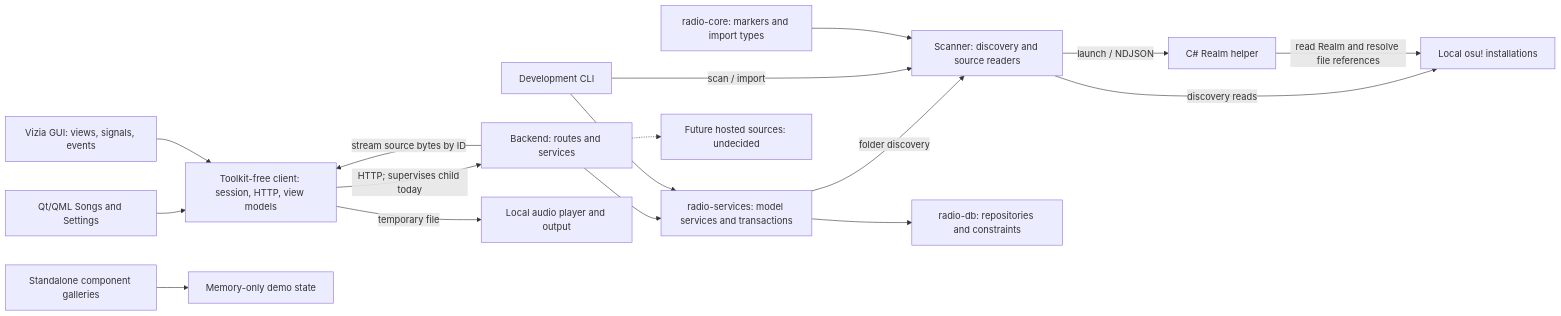
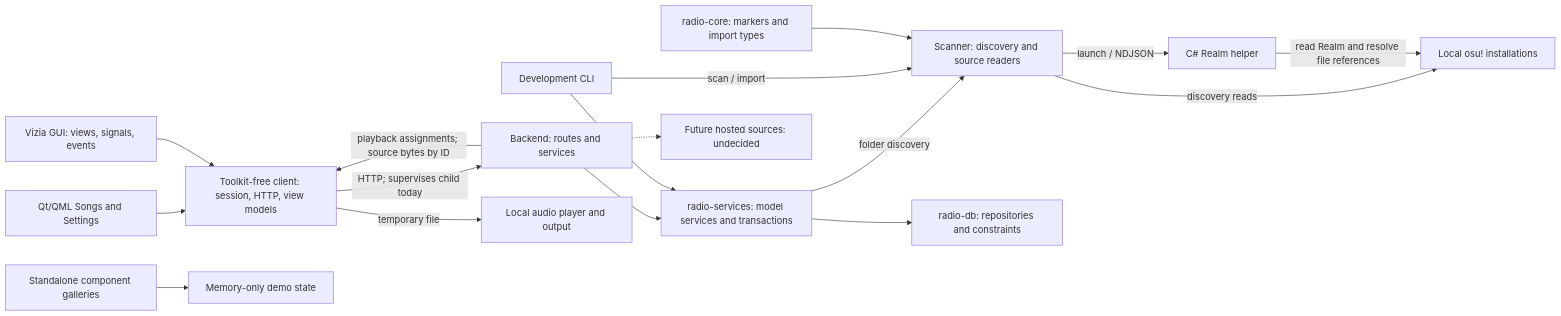
The diagram in docs/agent/index.md (Jayko321/osu-radio), drawn with Mermaid before and after one commit. The commit also changed other lines of this file and 44 other files, not shown here.

Commit message:
Add persistent server playback queue

````diff
--- a/docs/agent/index.md
+++ b/docs/agent/index.md
@@ -47,19 +47,19 @@
 ```mermaid
 flowchart LR
     Qt["Qt/QML Songs and Settings"] --> Client
     Gallery["Standalone component galleries"] --> Mock["Memory-only demo state"]
     GUI["Vizia GUI: views, signals, events"] --> Client["Toolkit-free client: session, HTTP, view models"]
     Client -->|"HTTP; supervises child today"| Server["Backend: routes and services"]
     Server --> Services["radio-services: model services and transactions"]
     Services -->|"folder discovery"| Scanner["Scanner: discovery and source readers"]
     Services --> DB["radio-db: repositories and constraints"]
     CLI --> Services
     CLI["Development CLI"] -->|"scan / import"| Scanner
     Scanner -->|"discovery reads"| Local["Local osu! installations"]
     Scanner -->|"launch / NDJSON"| Helper["C# Realm helper"]
     Helper -->|"read Realm and resolve file references"| Local
     Core["radio-core: markers and import types"] --> Scanner
-    Server -->|"stream source bytes by ID"| Client
+    Server -->|"playback assignments; source bytes by ID"| Client
     Client -->|"temporary file"| Audio["Local audio player and output"]
     Server -.-> Hosted["Future hosted sources: undecided"]
 ```
````
